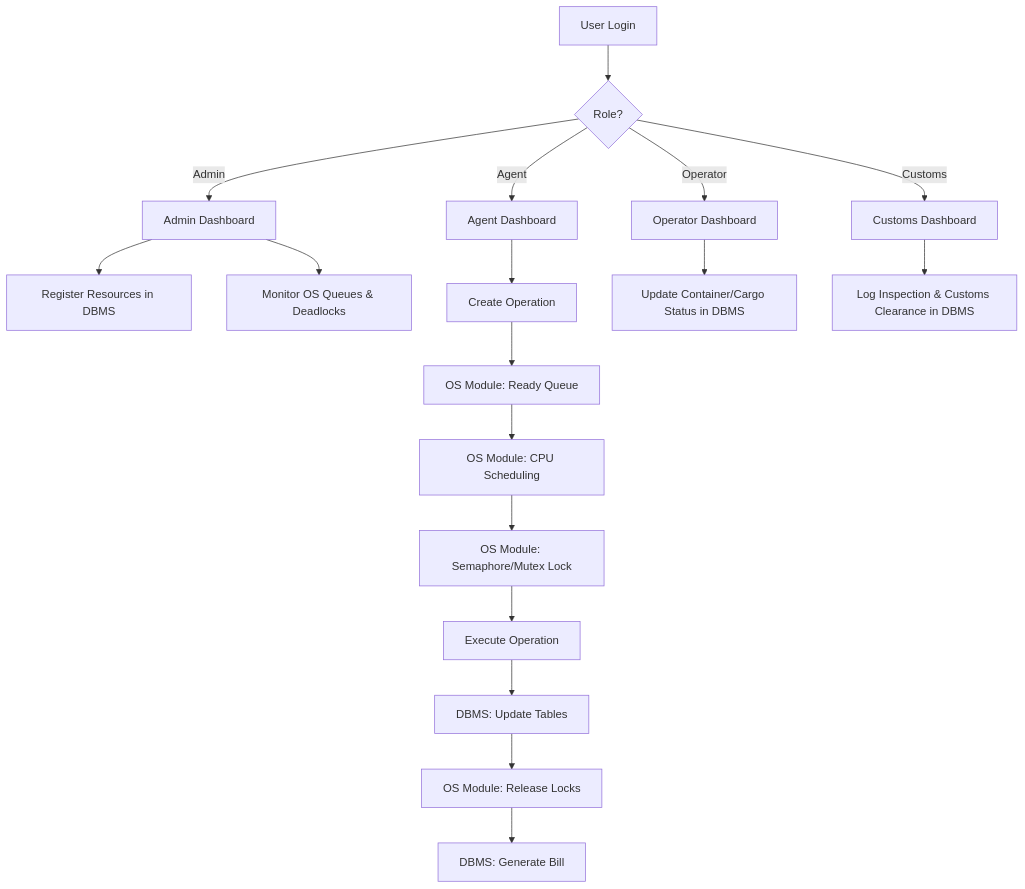
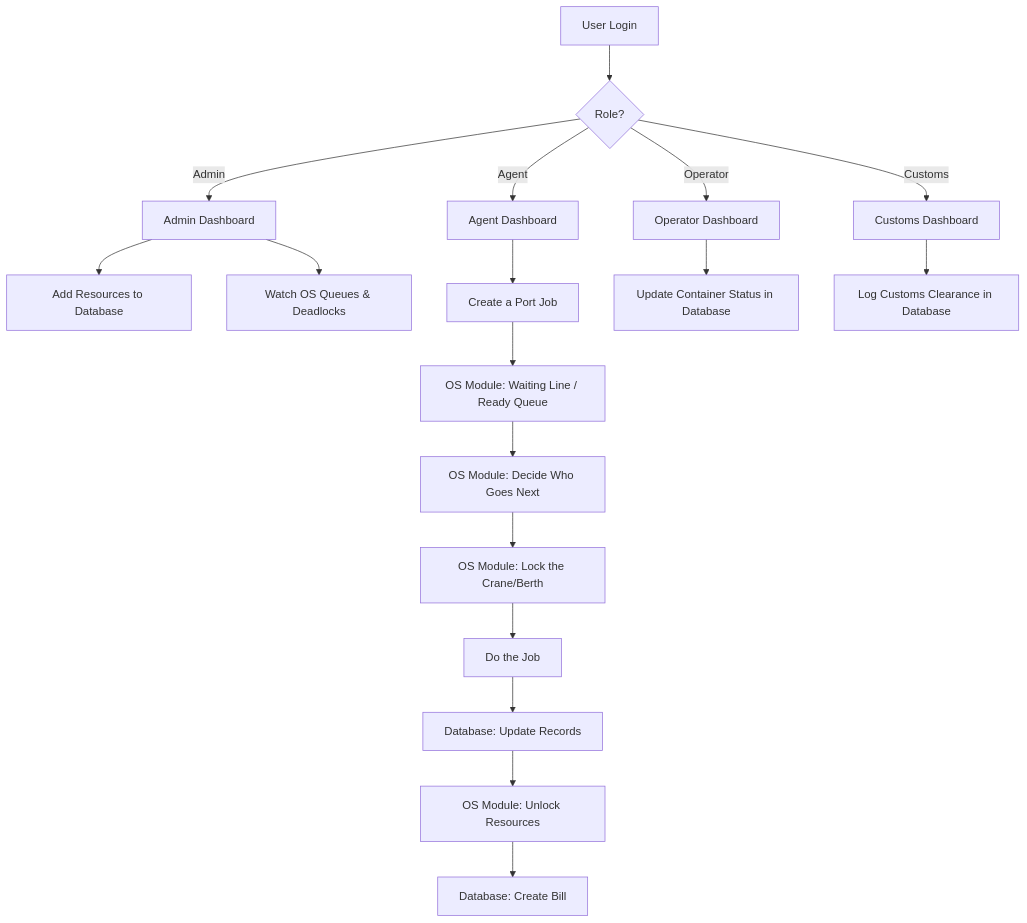
The first of 8 diagrams in README.md (Sujalkathait/PortFlow), drawn with Mermaid before and after one commit. The commit also changed other lines of this file, not shown here.

````diff
--- a/README.md
+++ b/README.md
@@ -65,23 +67,23 @@
 ```mermaid
 flowchart TD
     A[User Login] --> B{Role?}
     B -- Admin --> C[Admin Dashboard]
     B -- Agent --> D[Agent Dashboard]
     B -- Operator --> E[Operator Dashboard]
     B -- Customs --> F[Customs Dashboard]
     
-    C --> G[Register Resources in DBMS]
-    C --> H[Monitor OS Queues & Deadlocks]
+    C --> G[Add Resources to Database]
+    C --> H[Watch OS Queues & Deadlocks]
     
-    D --> I[Create Operation]
-    I --> J[OS Module: Ready Queue]
-    J --> K[OS Module: CPU Scheduling]
-    K --> L[OS Module: Semaphore/Mutex Lock]
-    L --> M[Execute Operation]
-    M --> N[DBMS: Update Tables]
-    N --> O[OS Module: Release Locks]
-    O --> P[DBMS: Generate Bill]
+    D --> I[Create a Port Job]
+    I --> J[OS Module: Waiting Line / Ready Queue]
+    J --> K[OS Module: Decide Who Goes Next]
+    K --> L[OS Module: Lock the Crane/Berth]
+    L --> M[Do the Job]
+    M --> N[Database: Update Records]
+    N --> O[OS Module: Unlock Resources]
+    O --> P[Database: Create Bill]
     
-    E --> Q[Update Container/Cargo Status in DBMS]
-    F --> R[Log Inspection & Customs Clearance in DBMS]
+    E --> Q[Update Container Status in Database]
+    F --> R[Log Customs Clearance in Database]
 ```
````
